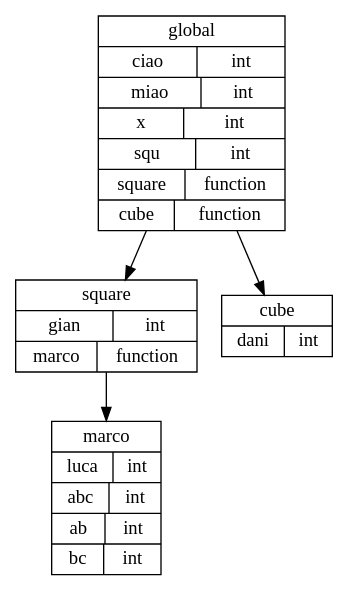
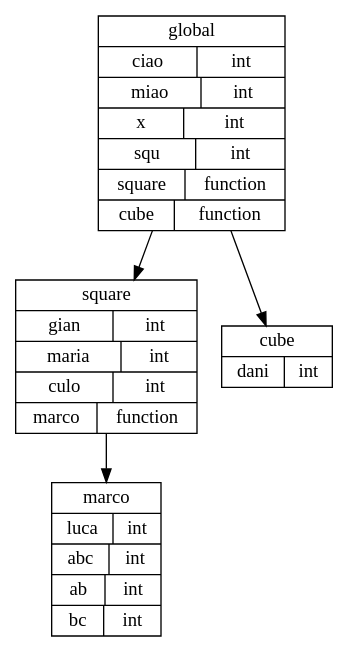
The diagram in symtab.gv (AloveIs/COT_lab), drawn with Graphviz before and after one commit. The commit also changed 15 other files, not shown here.

```diff
--- a/symtab.gv
+++ b/symtab.gv
@@ -1,9 +1,9 @@
 digraph "Symbol Table" {
-	140625506594496 [label="{global|{ciao|int}|{miao|int}|{x|int}|{squ|int}|{square|function}|{cube|function}}" shape=record]
-	140625506594496 -> 140625506594584
-	140625506594496 -> 140625506594760
-	140625506594584 [label="{square|{gian|int}|{marco|function}}" shape=record]
-	140625506594584 -> 140625506594672
-	140625506594672 [label="{marco|{luca|int}|{abc|int}|{ab|int}|{bc|int}}" shape=record]
-	140625506594760 [label="{cube|{dani|int}}" shape=record]
+	140700635995488 [label="{global|{ciao|int}|{miao|int}|{x|int}|{squ|int}|{square|function}|{cube|function}}" shape=record]
+	140700635995488 -> 140700635995576
+	140700635995488 -> 140700635995752
+	140700635995576 [label="{square|{gian|int}|{maria|int}|{culo|int}|{marco|function}}" shape=record]
+	140700635995576 -> 140700635995664
+	140700635995664 [label="{marco|{luca|int}|{abc|int}|{ab|int}|{bc|int}}" shape=record]
+	140700635995752 [label="{cube|{dani|int}}" shape=record]
 }
```
